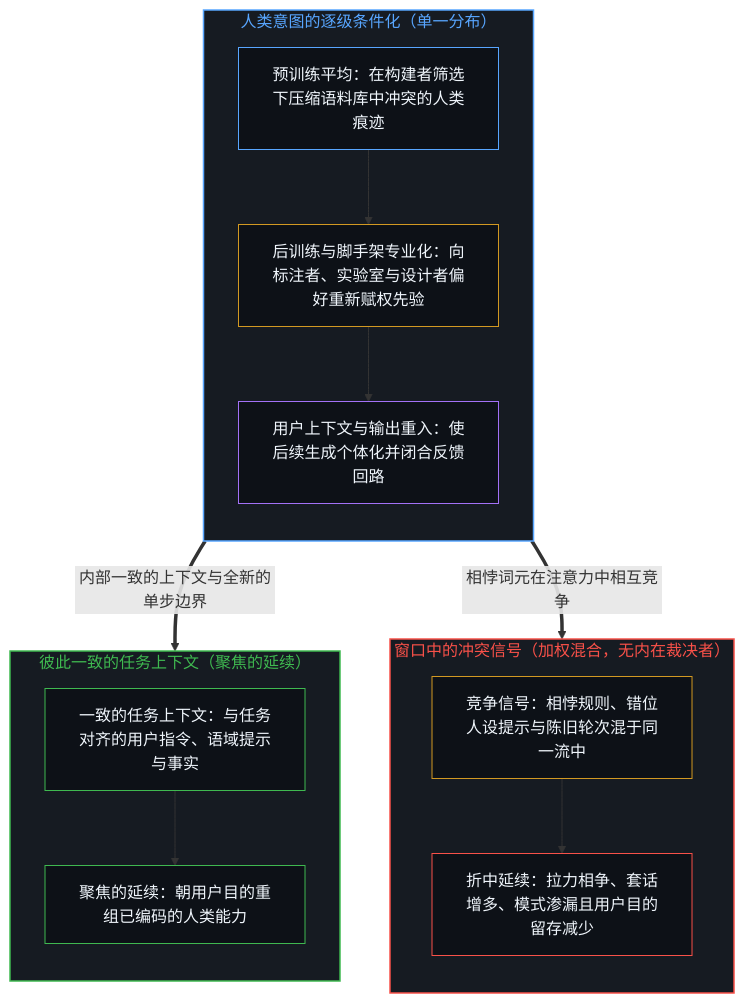
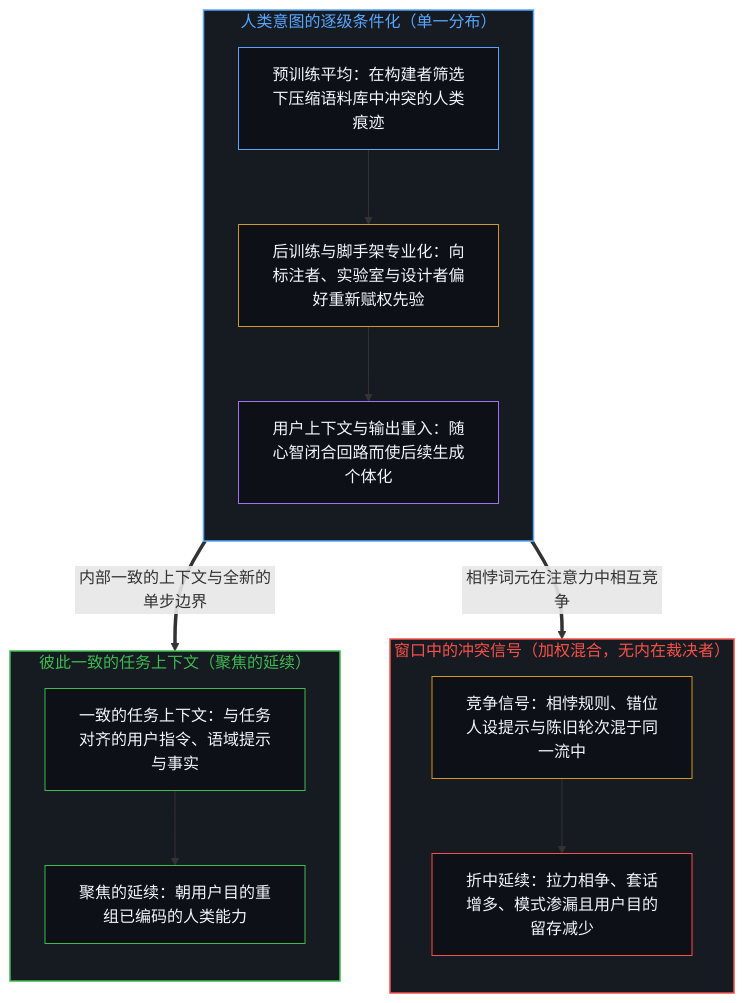
One commit to powerpig99/not-a-toe changed the first of 2 diagrams in content/posts/machine-intelligence-as-the-combinatorial-feedback-loop-of-human-intelligence.md. Above: the diagram before and after it, drawn with Mermaid. The commit also changed other lines of this file and 23 other files, not shown here.

````diff
--- a/content/posts/machine-intelligence-as-the-combinatorial-feedback-loop-of-human-intelligence.md
+++ b/content/posts/machine-intelligence-as-the-combinatorial-feedback-loop-of-human-intelligence.md
@@ -47,34 +47,34 @@
 ```mermaid
 flowchart TD
     subgraph S_Loop["人类意图的逐级条件化（单一分布）"]
         direction TB
         L_Pre["预训练平均：在构建者筛选下压缩语料库中冲突的人类痕迹"]
         L_Post["后训练与脚手架专业化：向标注者、实验室与设计者偏好重新赋权先验"]
-        L_User["用户上下文与输出重入：使后续生成个体化并闭合反馈回路"]
+        L_User["用户上下文与输出重入：随心智闭合回路而使后续生成个体化"]
         L_Pre --> L_Post --> L_User
     end
     subgraph S_Compete["窗口中的冲突信号（加权混合，无内在裁决者）"]
         direction TB
         C_Clash["竞争信号：相悖规则、错位人设提示与陈旧轮次混于同一流中"]
         C_Dilute["折中延续：拉力相争、套话增多、模式渗漏且用户目的留存减少"]
         C_Clash --> C_Dilute
     end
     subgraph S_Coherent["彼此一致的任务上下文（聚焦的延续）"]
         direction TB
         K_Min["一致的任务上下文：与任务对齐的用户指令、语域提示与事实"]
         K_Cont["聚焦的延续：朝用户目的重组已编码的人类能力"]
         K_Min --> K_Cont
     end
     L_User ==>|"相悖词元在注意力中相互竞争"| C_Clash
     L_User ==>|"内部一致的上下文与全新的单步边界"| K_Min
     style S_Loop fill:#161b22,stroke:#58a6ff,stroke-width:1.5px,color:#58a6ff
     style S_Compete fill:#161b22,stroke:#f85149,stroke-width:1.5px,color:#f85149
     style S_Coherent fill:#161b22,stroke:#3fb950,stroke-width:1.5px,color:#3fb950
     style L_Pre fill:#0d1117,stroke:#58a6ff,stroke-width:1px,color:#f0f6fc
     style L_Post fill:#0d1117,stroke:#d29922,stroke-width:1px,color:#f0f6fc
     style L_User fill:#0d1117,stroke:#a371f7,stroke-width:1px,color:#f0f6fc
     style C_Clash fill:#0d1117,stroke:#d29922,stroke-width:1px,color:#f0f6fc
     style C_Dilute fill:#0d1117,stroke:#f85149,stroke-width:1px,color:#f0f6fc
     style K_Min fill:#0d1117,stroke:#3fb950,stroke-width:1px,color:#f0f6fc
     style K_Cont fill:#0d1117,stroke:#3fb950,stroke-width:1px,color:#f0f6fc
 ```
````
